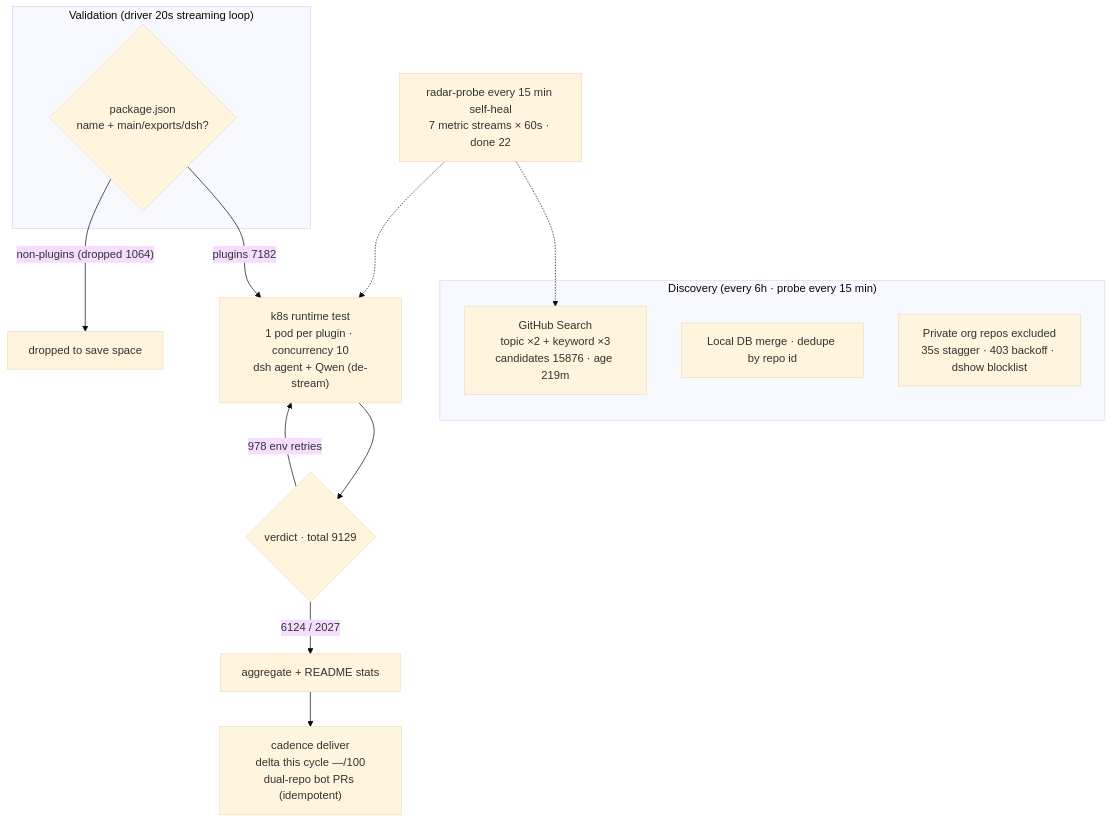
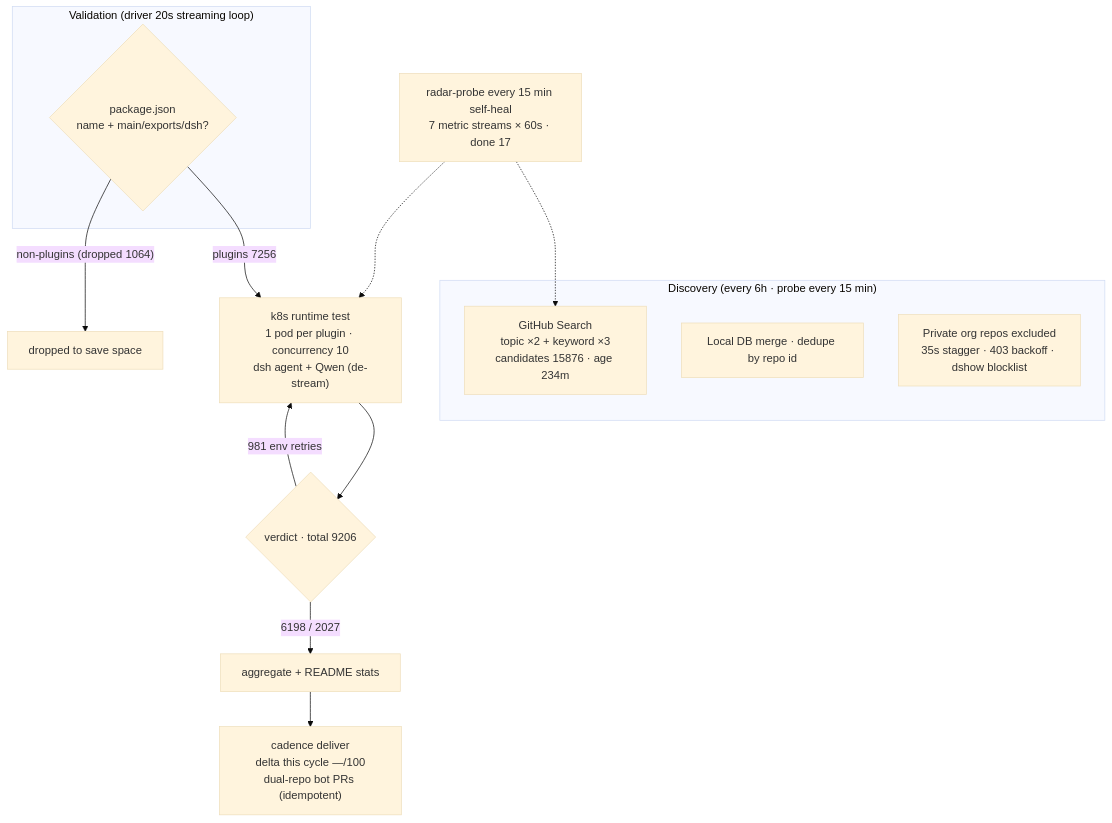
The diagram in README.en-US.md (AdamPlatin123/awesome-dsh-plugins), drawn with Mermaid (base theme) before and after one commit. The commit also changed other lines of this file and 4 other files, not shown here.

````diff
--- a/README.en-US.md
+++ b/README.en-US.md
@@ -30,20 +30,20 @@
 ```mermaid
 flowchart TB
     subgraph Discovery["Discovery (every 6h · probe every 15 min)"]
-        A1["GitHub Search<br/>topic ×2 + keyword ×3<br/>candidates 15876 · age 219m"]
+        A1["GitHub Search<br/>topic ×2 + keyword ×3<br/>candidates 15876 · age 234m"]
         A2["Local DB merge · dedupe by repo id"]
         A3["Private org repos excluded<br/>35s stagger · 403 backoff · dshow blocklist"]
     end
     subgraph Validation["Validation (driver 20s streaming loop)"]
         B1{"package.json<br/>name + main/exports/dsh?"}
     end
-    B1 -->|"plugins 7182"| C1["k8s runtime test<br/>1 pod per plugin · concurrency 10<br/>dsh agent + Qwen (de-stream)"]
+    B1 -->|"plugins 7256"| C1["k8s runtime test<br/>1 pod per plugin · concurrency 10<br/>dsh agent + Qwen (de-stream)"]
     B1 -->|"non-plugins (dropped 1064)"| B3["dropped to save space"]
-    C1 --> D1{"verdict · total 9129"}
-    D1 -->|"6124 / 2027"| E1["aggregate + README stats"]
-    D1 -->|"978 env retries"| C1
+    C1 --> D1{"verdict · total 9206"}
+    D1 -->|"6198 / 2027"| E1["aggregate + README stats"]
+    D1 -->|"981 env retries"| C1
     E1 --> E2["cadence deliver<br/>delta this cycle —/100<br/>dual-repo bot PRs (idempotent)"]
-    M["radar-probe every 15 min self-heal<br/>7 metric streams × 60s · done 22"]
+    M["radar-probe every 15 min self-heal<br/>7 metric streams × 60s · done 17"]
     M -.-> A1
     M -.-> C1
 ```
````
